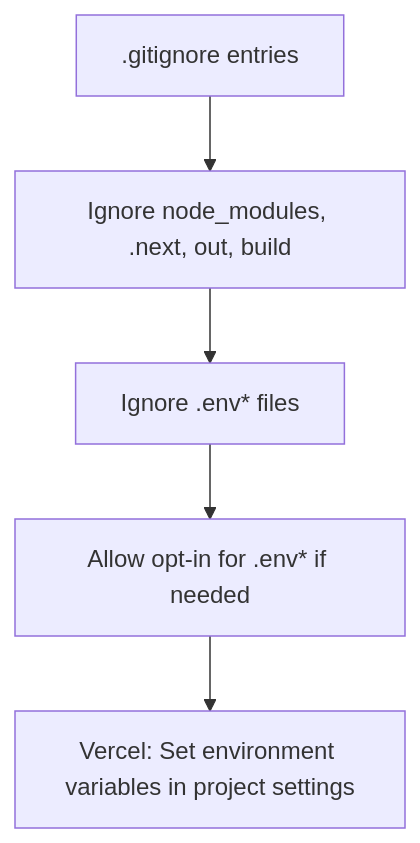
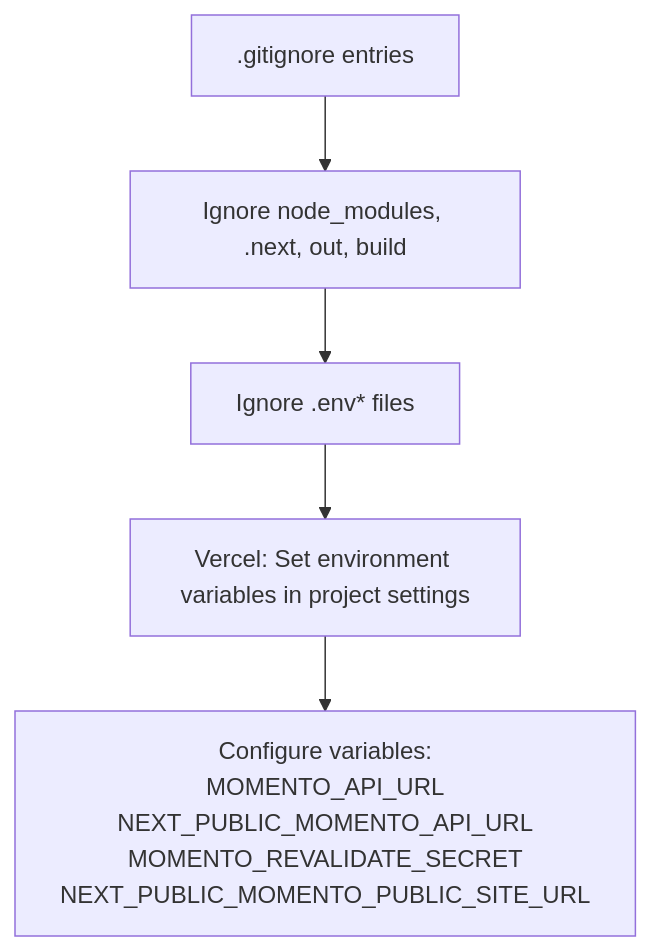
One commit to algorithmsEvolve/momentoclient-fe changed the fourth of 11 diagrams in docs/en/content/Deployment & Production.md. Above: the diagram before and after it, drawn with Mermaid. The commit also changed other lines of this file and 14 other files, not shown here.

````diff
--- a/docs/en/content/Deployment & Production.md
+++ b/docs/en/content/Deployment & Production.md
@@ -139,7 +148,7 @@
 ```mermaid
 flowchart TD
 A[".gitignore entries"] --> B["Ignore node_modules, .next, out, build"]
 B --> C["Ignore .env* files"]
-C --> D["Allow opt-in for .env* if needed"]
-D --> E["Vercel: Set environment variables in project settings"]
+C --> D["Vercel: Set environment variables in project settings"]
+D --> EnvVars["Configure variables:<br/>MOMENTO_API_URL<br/>NEXT_PUBLIC_MOMENTO_API_URL<br/>MOMENTO_REVALIDATE_SECRET<br/>NEXT_PUBLIC_MOMENTO_PUBLIC_SITE_URL"]
 ```
````
